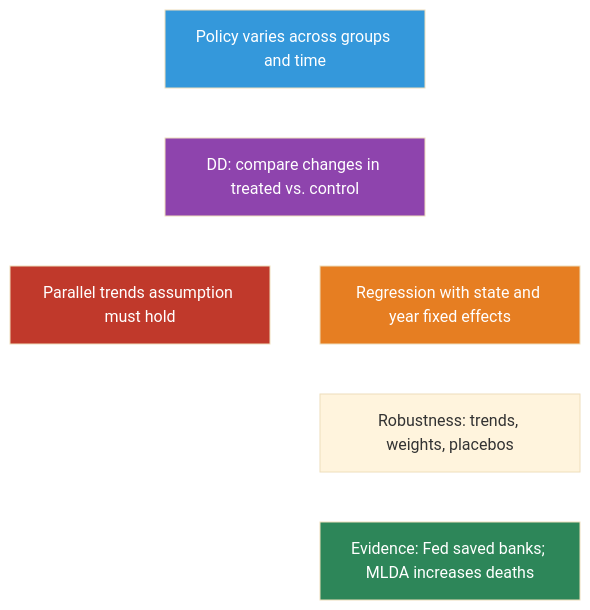
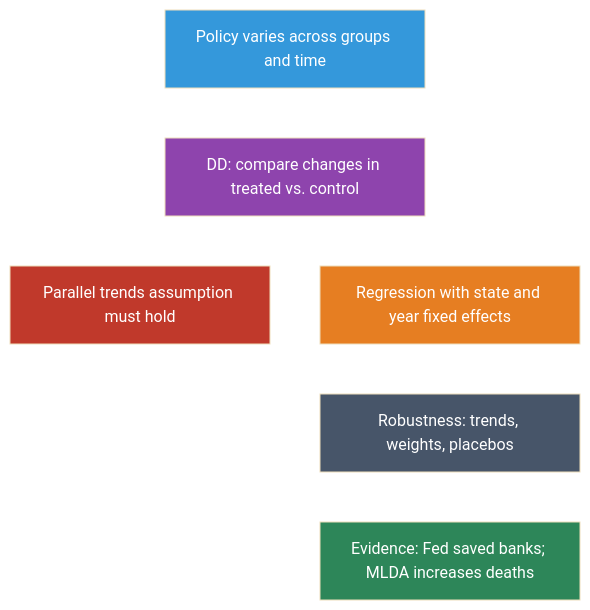
The third of 3 diagrams in notebooks_md/05-differences-in-differences.md (cmg777/intro2causal), drawn with Mermaid (base theme) before and after one commit. The commit also changed other lines of this file and 17 other files, not shown here.

````diff
--- a/notebooks_md/05-differences-in-differences.md
+++ b/notebooks_md/05-differences-in-differences.md
@@ -455,23 +519,24 @@
 ```mermaid
 
 graph TD
     Q["Policy varies across groups and time"]
     DD["DD: compare changes in treated vs. control"]
     PT["Parallel trends assumption must hold"]
     FE["Regression with state and year fixed effects"]
     ROB["Robustness: trends, weights, placebos"]
     EV["Evidence: Fed saved banks; MLDA increases deaths"]
 
     Q --> DD
     DD --> PT
     DD --> FE
     FE --> ROB
     ROB --> EV
 
     style Q fill:#3498db,color:#fff
     style DD fill:#8e44ad,color:#fff
     style PT fill:#c0392b,color:#fff
     style FE fill:#e67e22,color:#fff
+    style ROB fill:#475569,color:#fff
     style EV fill:#2d8659,color:#fff
     linkStyle default stroke:#fff,stroke-width:2px
 ```
````
